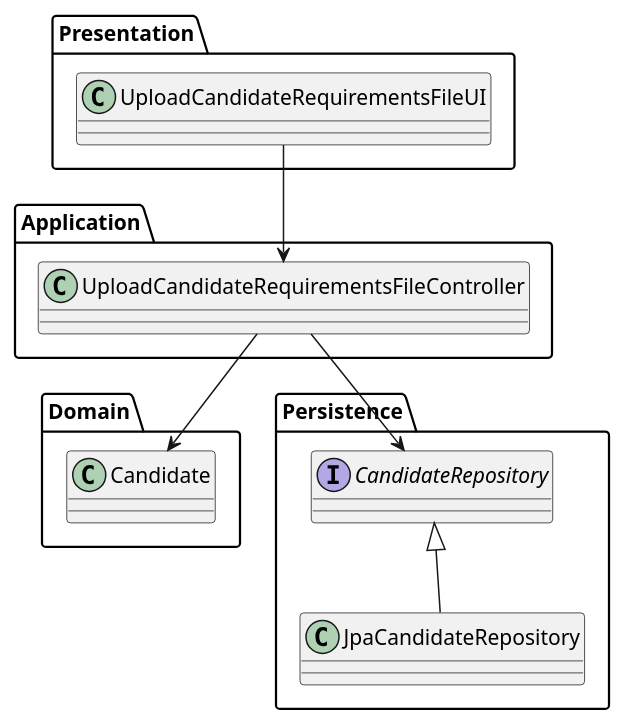
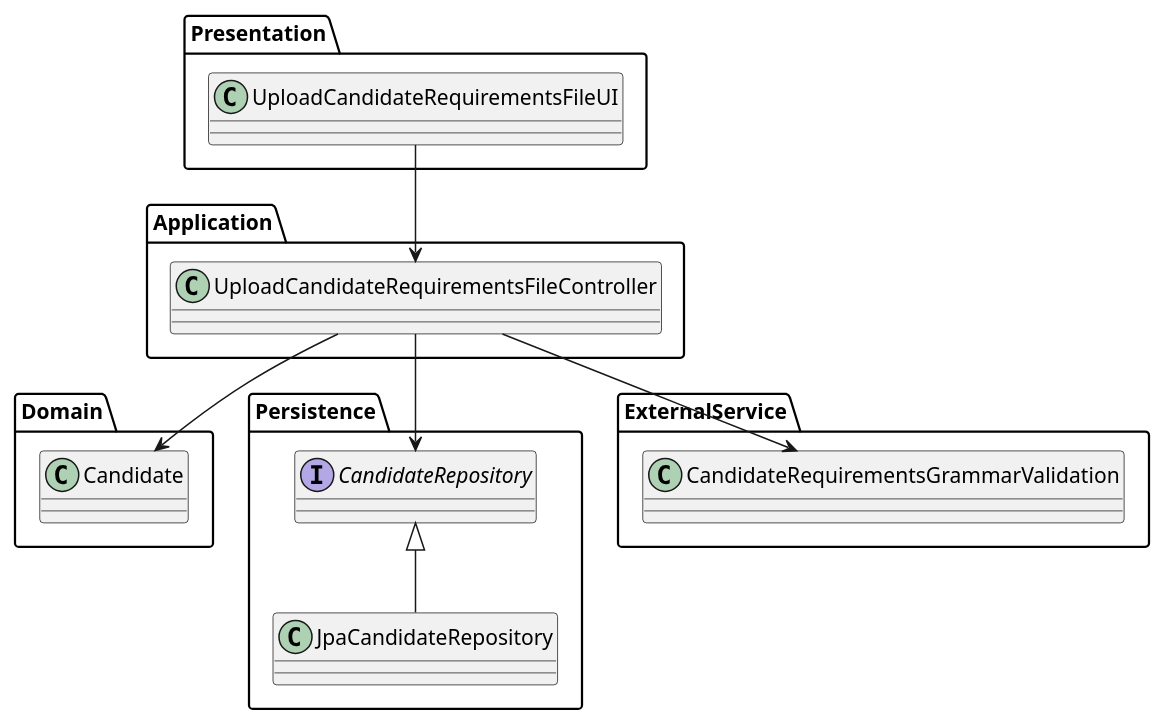
One commit to Goncalves2525/Jobs4U-Talent-Acquisition-Management-System changed the diagram in docs/Sprint C/us_2004/class-diagram.puml. Above: the diagram before and after it, drawn with PlantUML. The commit also changed 4 other files, not shown here.

```diff
--- a/docs/Sprint C/us_2004/class-diagram.puml
+++ b/docs/Sprint C/us_2004/class-diagram.puml
@@ -1,25 +1,30 @@
 @startuml
 
 package Presentation {
     class UploadCandidateRequirementsFileUI
 }
 
 package Domain {
     class Candidate
 }
 
 package Persistence {
     class JpaCandidateRepository
     interface CandidateRepository
 }
 
 package Application {
     class UploadCandidateRequirementsFileController
 }
 
+package ExternalService {
+    class CandidateRequirementsGrammarValidation
+}
+
 Presentation.UploadCandidateRequirementsFileUI --> Application.UploadCandidateRequirementsFileController
 Application.UploadCandidateRequirementsFileController --> Persistence.CandidateRepository
+Application.UploadCandidateRequirementsFileController --> ExternalService.CandidateRequirementsGrammarValidation
 Persistence.CandidateRepository <|-- Persistence.JpaCandidateRepository
 Application.UploadCandidateRequirementsFileController --> Domain.Candidate
 
 @enduml
```
